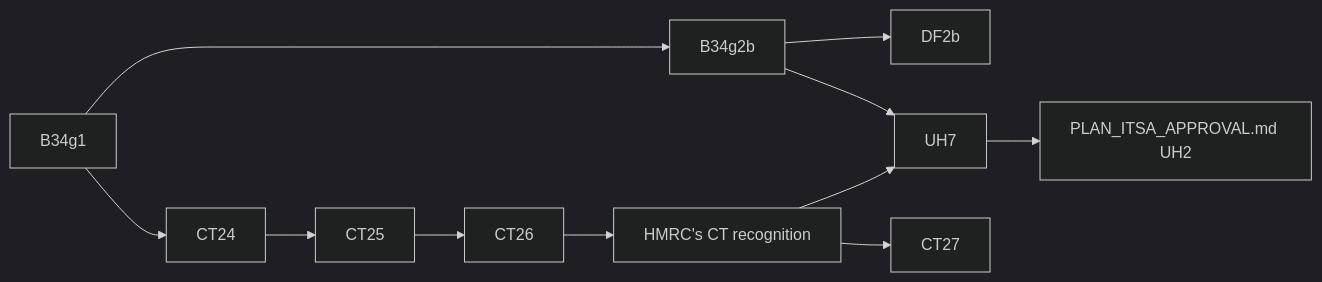
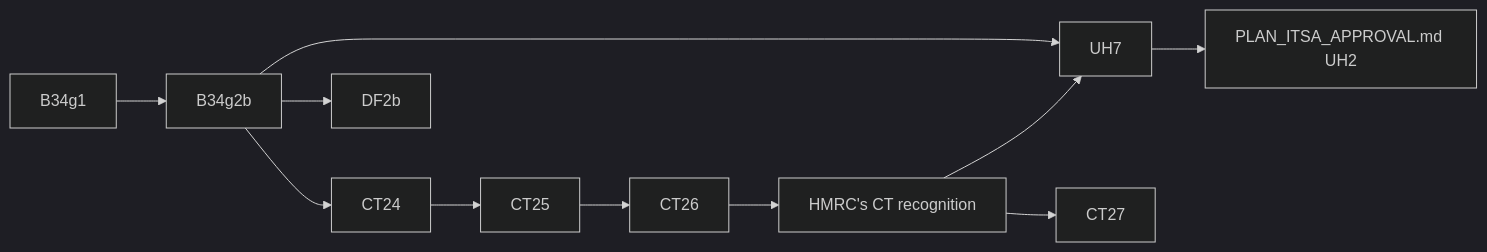
Before and after one commit to diy-accounting-uk/submit.diyaccounting.co.uk: the diagram in PLAN_HMRC_CT_APPROVAL.md, drawn with Mermaid (dark theme). The commit also changed other lines of this file and 1 other file, not shown here.

````diff
--- a/PLAN_HMRC_CT_APPROVAL.md
+++ b/PLAN_HMRC_CT_APPROVAL.md
@@ -74,13 +74,13 @@
 ```mermaid
 flowchart LR
     B34g1 --> B34g2b
-    B34g1 --> CT24
+    B34g2b --> CT24
     CT24 --> CT25
     CT25 --> CT26
     CT26 --> REC["HMRC's CT recognition"]
     REC --> UH7
     REC --> CT27
     B34g2b --> DF2b
     B34g2b --> UH7
     UH7 --> UH2["PLAN_ITSA_APPROVAL.md UH2"]
 ```
````
